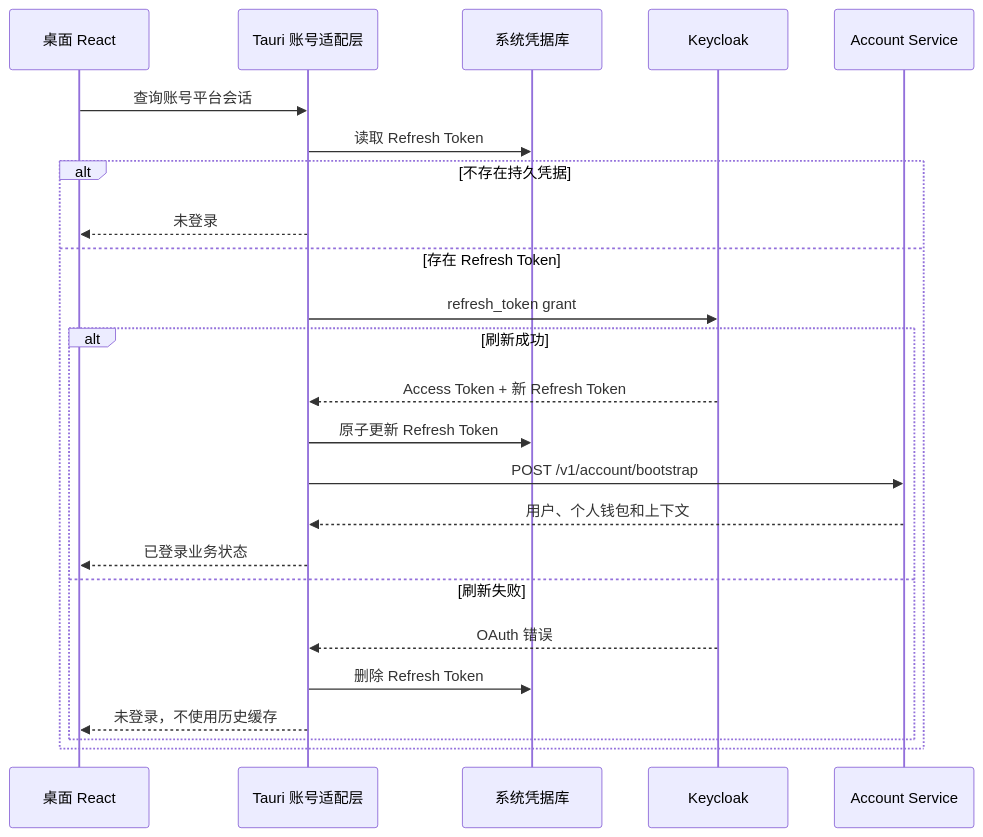
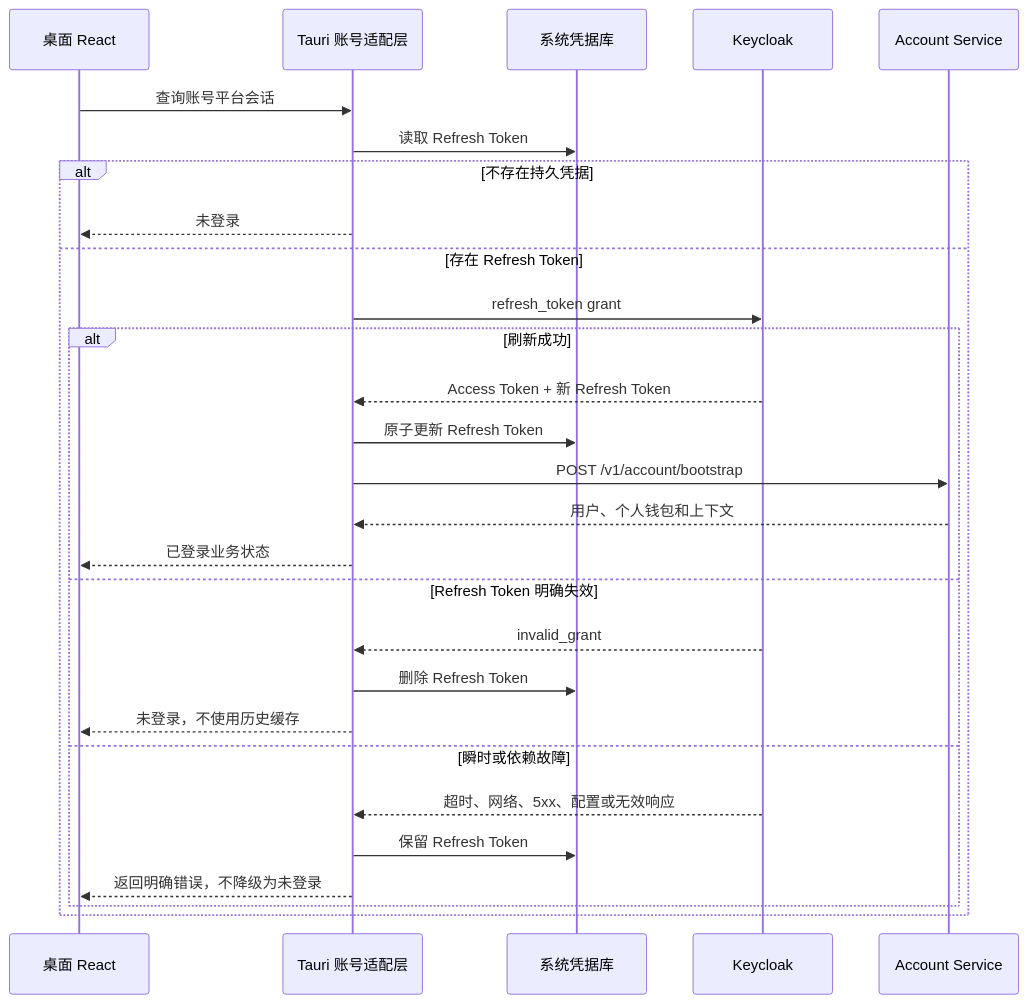
One commit to Pinvou/CodeWhale changed the first of 6 diagrams in account-platform/docs/call-flows.md. Above: the diagram before and after it, drawn with Mermaid. The commit also changed other lines of this file and 36 other files, not shown here.

````diff
--- a/account-platform/docs/call-flows.md
+++ b/account-platform/docs/call-flows.md
@@ -46,27 +46,31 @@
 ```mermaid
 sequenceDiagram
     participant UI as 桌面 React
     participant Rust as Tauri 账号适配层
     participant Store as 系统凭据库
     participant KC as Keycloak
     participant A as Account Service
 
     UI->>Rust: 查询账号平台会话
     Rust->>Store: 读取 Refresh Token
     alt 不存在持久凭据
         Rust-->>UI: 未登录
     else 存在 Refresh Token
         Rust->>KC: refresh_token grant
         alt 刷新成功
             KC-->>Rust: Access Token + 新 Refresh Token
             Rust->>Store: 原子更新 Refresh Token
             Rust->>A: POST /v1/account/bootstrap
             A-->>Rust: 用户、个人钱包和上下文
             Rust-->>UI: 已登录业务状态
-        else 刷新失败
-            KC-->>Rust: OAuth 错误
+        else Refresh Token 明确失效
+            KC-->>Rust: invalid_grant
             Rust->>Store: 删除 Refresh Token
             Rust-->>UI: 未登录，不使用历史缓存
+        else 瞬时或依赖故障
+            KC-->>Rust: 超时、网络、5xx、配置或无效响应
+            Rust->>Store: 保留 Refresh Token
+            Rust-->>UI: 返回明确错误，不降级为未登录
         end
     end
 ```
````
